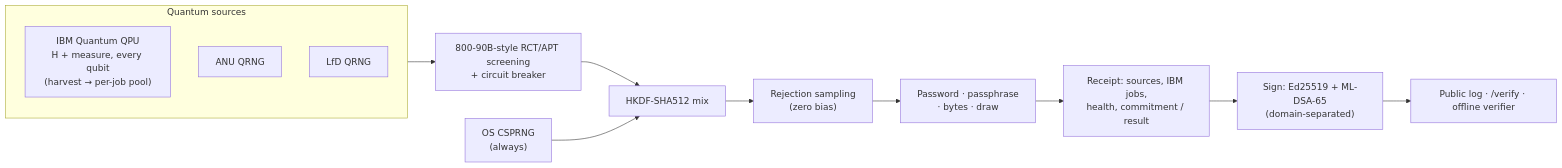
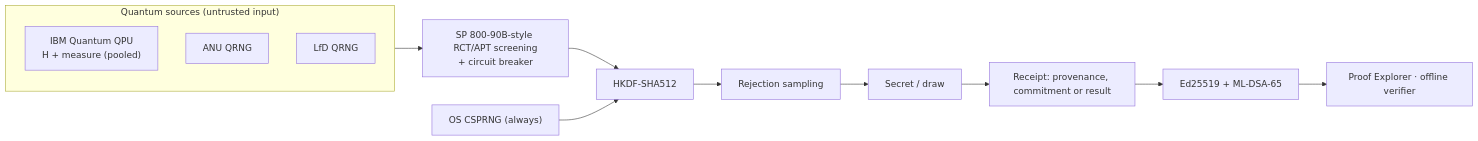
Before and after one commit to ahmadhashimi/quantum-password-generator: the diagram in README.md, drawn with Mermaid. The commit also changed other lines of this file and 1 other file, not shown here.

````diff
--- a/README.md
+++ b/README.md
@@ -106,16 +90,16 @@
 ```mermaid
 flowchart LR
-    subgraph Q["Quantum sources"]
-        IBM["IBM Quantum QPU<br/>H + measure, every qubit<br/>(harvest → per-job pool)"]
+    subgraph Q["Quantum sources (untrusted input)"]
+        IBM["IBM Quantum QPU<br/>H + measure (pooled)"]
         ANU["ANU QRNG"]
         LFD["LfD QRNG"]
     end
-    Q --> HT["800-90B-style RCT/APT screening<br/>+ circuit breaker"]
-    HT --> MIX["HKDF-SHA512 mix"]
-    OS["OS CSPRNG<br/>(always)"] --> MIX
-    MIX --> GEN["Rejection sampling<br/>(zero bias)"]
-    GEN --> OUT["Password · passphrase<br/>· bytes · draw"]
-    OUT --> RC["Receipt: sources, IBM jobs,<br/>health, commitment / result"]
-    RC --> SIG["Sign: Ed25519 + ML-DSA-65<br/>(domain-separated)"]
-    SIG --> LOG["Public log · /verify · offline verifier"]
+    Q --> HT["SP 800-90B-style RCT/APT screening<br/>+ circuit breaker"]
+    HT --> MIX["HKDF-SHA512"]
+    OS["OS CSPRNG (always)"] --> MIX
+    MIX --> GEN["Rejection sampling"]
+    GEN --> OUT["Secret / draw"]
+    OUT --> RC["Receipt: provenance, commitment or result"]
+    RC --> SIG["Ed25519 + ML-DSA-65"]
+    SIG --> V["Proof Explorer · offline verifier"]
 ```
````
